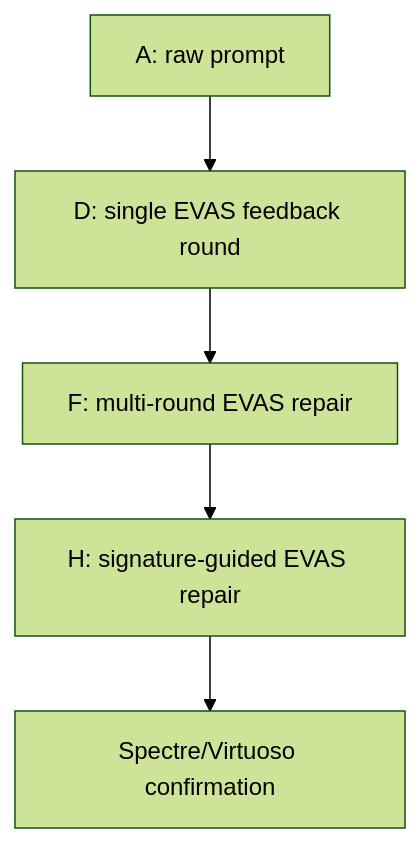
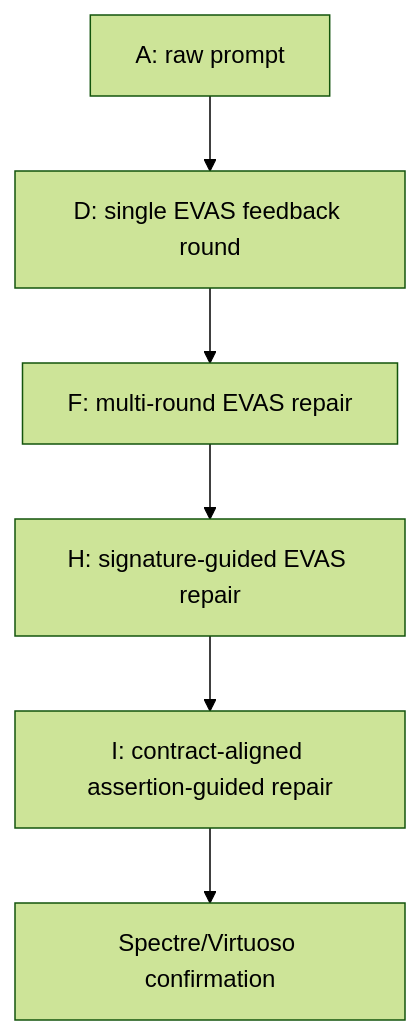
The second of 2 diagrams in docs/paper/VAEVAS_FIGURE_PLAN.md (Start-Ten/vaEvas-coordination), drawn with Mermaid (forest theme) before and after one commit. The commit also changed other lines of this file and 2 other files, not shown here.

Commit message:
Add contract assertion repair layer to paper draft

````diff
--- a/docs/paper/VAEVAS_FIGURE_PLAN.md
+++ b/docs/paper/VAEVAS_FIGURE_PLAN.md
@@ -62,7 +62,8 @@
 ```mermaid
 flowchart TB
   A[A: raw prompt] --> D[D: single EVAS feedback round]
   D --> F[F: multi-round EVAS repair]
   F --> H[H: signature-guided EVAS repair]
-  H --> SP[Spectre/Virtuoso confirmation]
+  H --> I[I: contract-aligned assertion-guided repair]
+  I --> SP[Spectre/Virtuoso confirmation]
 ```
````
